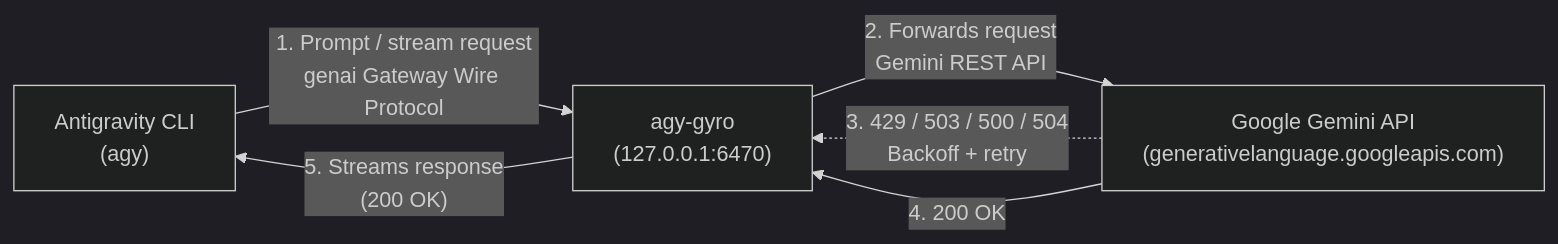
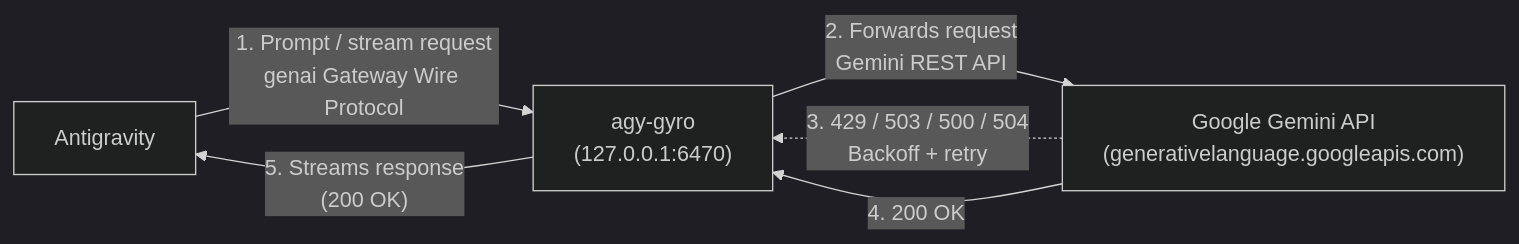
The diagram in README.md (topjohnwu/agy-gyro), drawn with Mermaid (dark theme) before and after one commit. The commit also changed other lines of this file and 9 other files, not shown here.

````diff
--- a/README.md
+++ b/README.md
@@ -38,12 +38,12 @@
 ```mermaid
 flowchart LR
-    AGY["Antigravity CLI\n(agy)"]
+    AGY["Antigravity"]
     GYRO["agy-gyro\n(127.0.0.1:6470)"]
     GEMINI["Google Gemini API\n(generativelanguage.googleapis.com)"]
 
     AGY -- "1. Prompt / stream request\ngenai Gateway Wire Protocol" --> GYRO
     GYRO -- "2. Forwards request\nGemini REST API" --> GEMINI
     GEMINI -. "3. 429 / 503 / 500 / 504\nBackoff + retry" .-> GYRO
     GEMINI -- "4. 200 OK" --> GYRO
     GYRO -- "5. Streams response\n(200 OK)" --> AGY
 ```
````
